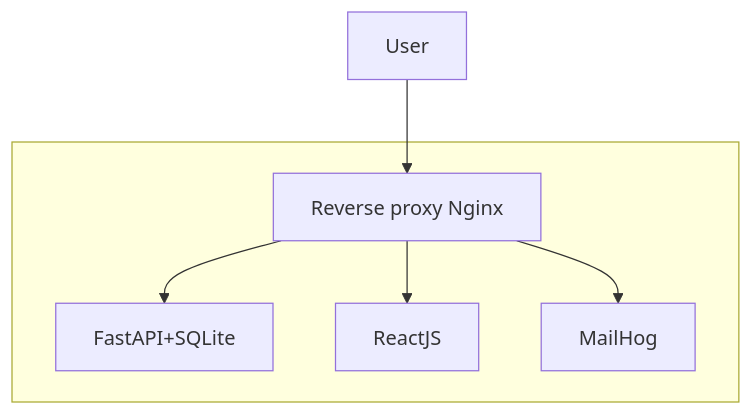
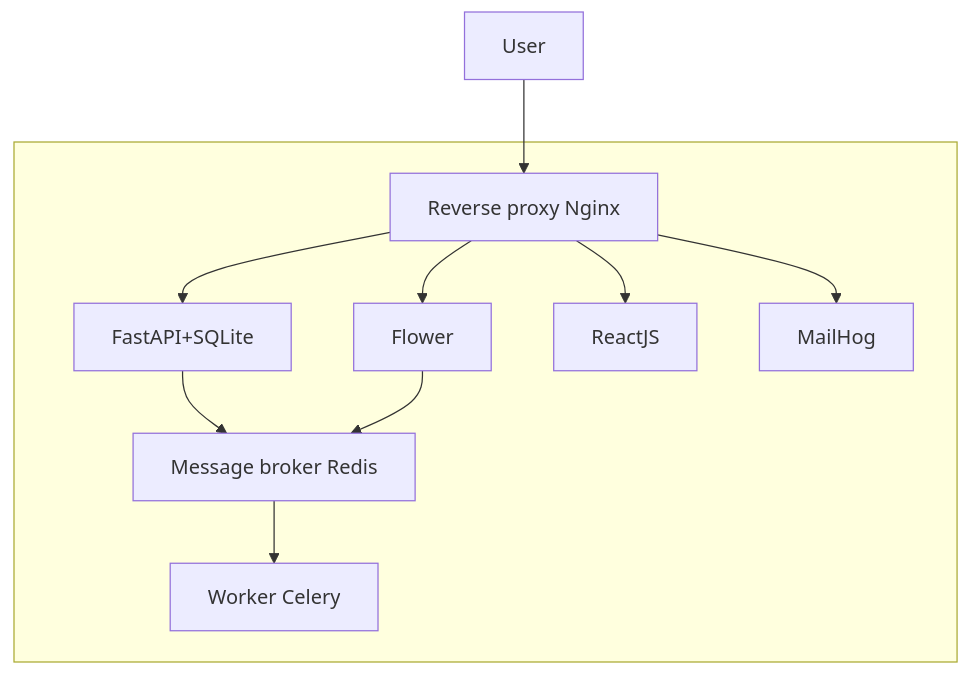
Before and after one commit to refleks1a/FastAPI-ReactJS_Template: the diagram in README.md, drawn with Mermaid. The commit also changed other lines of this file, not shown here.

````diff
--- a/README.md
+++ b/README.md
@@ -26,11 +26,15 @@
 ```mermaid
 graph TD;
 
   User-->Nginx[Reverse proxy Nginx]
 
   subgraph " "
   Nginx-->FastAPI+SQLite;
+  FastAPI+SQLite-->Redis[Message broker Redis]
+  Redis-->Celery[Worker Celery]
+  Flower-->Redis
+  Nginx-->Flower
   Nginx-->ReactJS;
   Nginx-->MailHog;
   end
 ```
````
